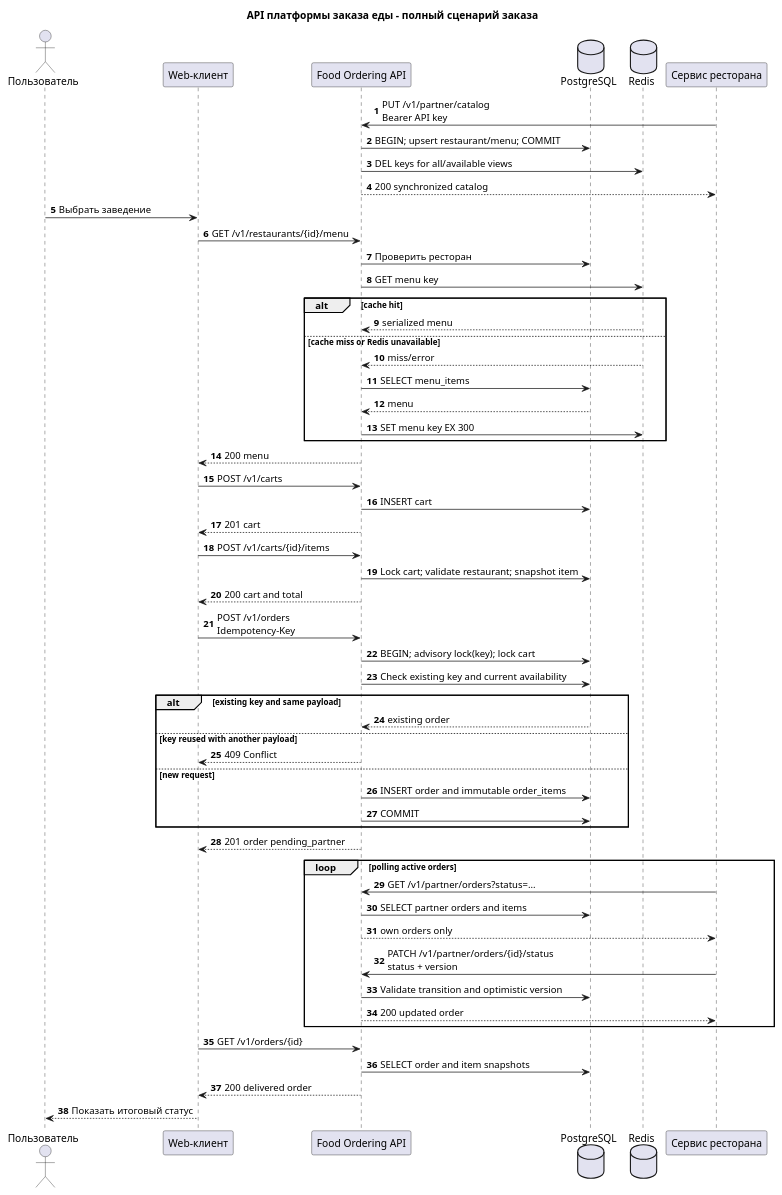
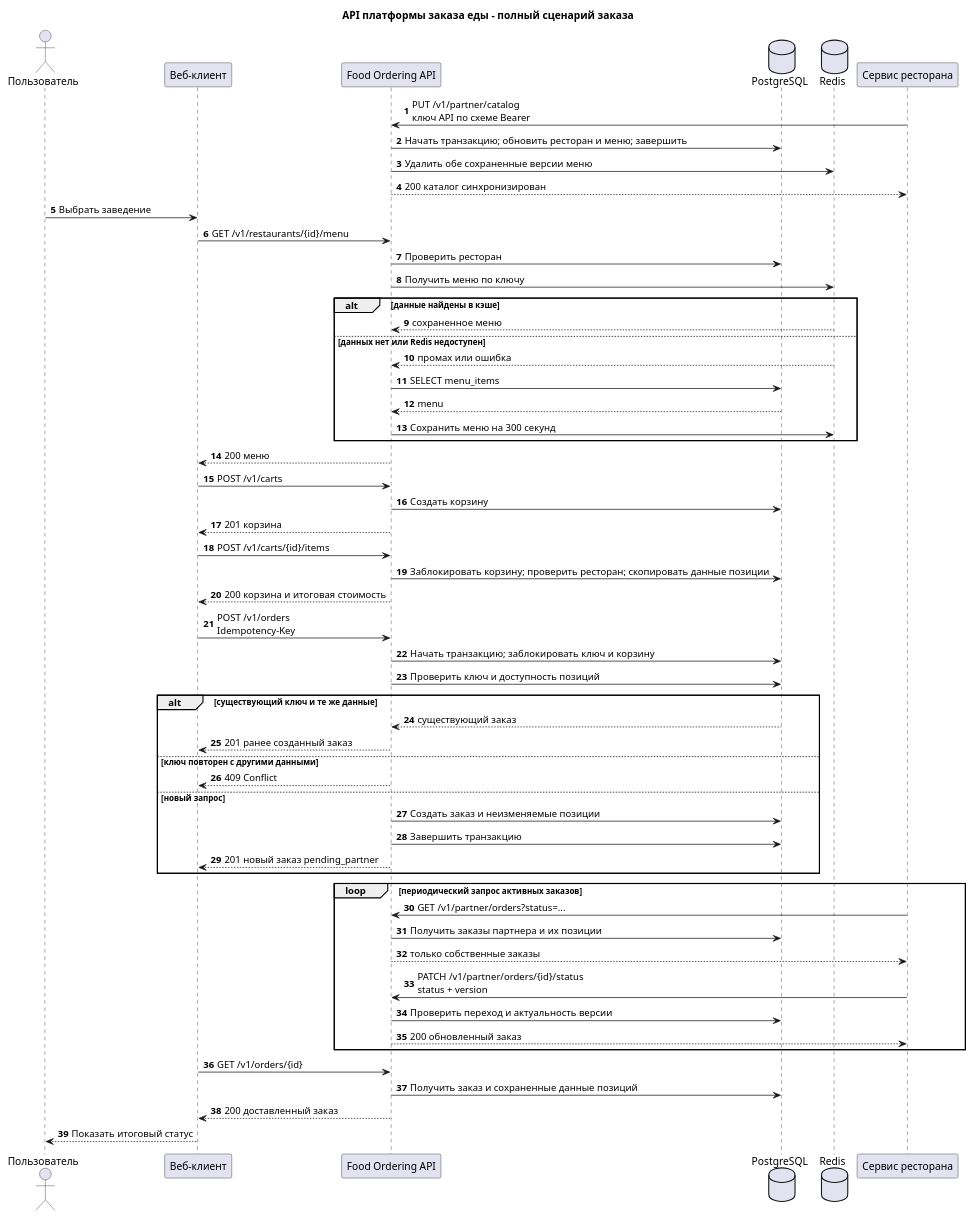
The diagram in docs/order-sequence.puml (aartchik/food-ordering-api), drawn with PlantUML before and after one commit. The commit also changed 4 other files, not shown here.

Commit message:
fix project diagrams

```diff
--- a/docs/order-sequence.puml
+++ b/docs/order-sequence.puml
@@ -1,67 +1,68 @@
 @startuml order_sequence
 title API платформы заказа еды - полный сценарий заказа
 
 skinparam shadowing false
 autonumber
 
 actor Пользователь as user
-participant "Web-клиент" as web
+participant "Веб-клиент" as web
 participant "Food Ordering API" as api
 database PostgreSQL as db
 database Redis as redis
 participant "Сервис ресторана" as restaurant
 
-restaurant -> api : PUT /v1/partner/catalog\nBearer API key
-api -> db : BEGIN; upsert restaurant/menu; COMMIT
-api -> redis : DEL keys for all/available views
-api --> restaurant : 200 synchronized catalog
+restaurant -> api : PUT /v1/partner/catalog\nключ API по схеме Bearer
+api -> db : Начать транзакцию; обновить ресторан и меню; завершить
+api -> redis : Удалить обе сохраненные версии меню
+api --> restaurant : 200 каталог синхронизирован
 
 user -> web : Выбрать заведение
 web -> api : GET /v1/restaurants/{id}/menu
 api -> db : Проверить ресторан
-api -> redis : GET menu key
-alt cache hit
-  redis --> api : serialized menu
-else cache miss or Redis unavailable
-  redis --> api : miss/error
+api -> redis : Получить меню по ключу
+alt данные найдены в кэше
+  redis --> api : сохраненное меню
+else данных нет или Redis недоступен
+  redis --> api : промах или ошибка
   api -> db : SELECT menu_items
   db --> api : menu
-  api -> redis : SET menu key EX 300
+  api -> redis : Сохранить меню на 300 секунд
 end
-api --> web : 200 menu
+api --> web : 200 меню
 
 web -> api : POST /v1/carts
-api -> db : INSERT cart
-api --> web : 201 cart
+api -> db : Создать корзину
+api --> web : 201 корзина
 web -> api : POST /v1/carts/{id}/items
-api -> db : Lock cart; validate restaurant; snapshot item
-api --> web : 200 cart and total
+api -> db : Заблокировать корзину; проверить ресторан; скопировать данные позиции
+api --> web : 200 корзина и итоговая стоимость
 
 web -> api : POST /v1/orders\nIdempotency-Key
-api -> db : BEGIN; advisory lock(key); lock cart
-api -> db : Check existing key and current availability
-alt existing key and same payload
-  db --> api : existing order
-else key reused with another payload
+api -> db : Начать транзакцию; заблокировать ключ и корзину
+api -> db : Проверить ключ и доступность позиций
+alt существующий ключ и те же данные
+  db --> api : существующий заказ
+  api --> web : 201 ранее созданный заказ
+else ключ повторен с другими данными
   api --> web : 409 Conflict
-else new request
-  api -> db : INSERT order and immutable order_items
-  api -> db : COMMIT
+else новый запрос
+  api -> db : Создать заказ и неизменяемые позиции
+  api -> db : Завершить транзакцию
+  api --> web : 201 новый заказ pending_partner
 end
-api --> web : 201 order pending_partner
 
-loop polling active orders
+loop периодический запрос активных заказов
   restaurant -> api : GET /v1/partner/orders?status=...
-  api -> db : SELECT partner orders and items
-  api --> restaurant : own orders only
+  api -> db : Получить заказы партнера и их позиции
+  api --> restaurant : только собственные заказы
   restaurant -> api : PATCH /v1/partner/orders/{id}/status\nstatus + version
-  api -> db : Validate transition and optimistic version
-  api --> restaurant : 200 updated order
+  api -> db : Проверить переход и актуальность версии
+  api --> restaurant : 200 обновленный заказ
 end
 
 web -> api : GET /v1/orders/{id}
-api -> db : SELECT order and item snapshots
-api --> web : 200 delivered order
+api -> db : Получить заказ и сохраненные данные позиций
+api --> web : 200 доставленный заказ
 web --> user : Показать итоговый статус
 
 @enduml
```
